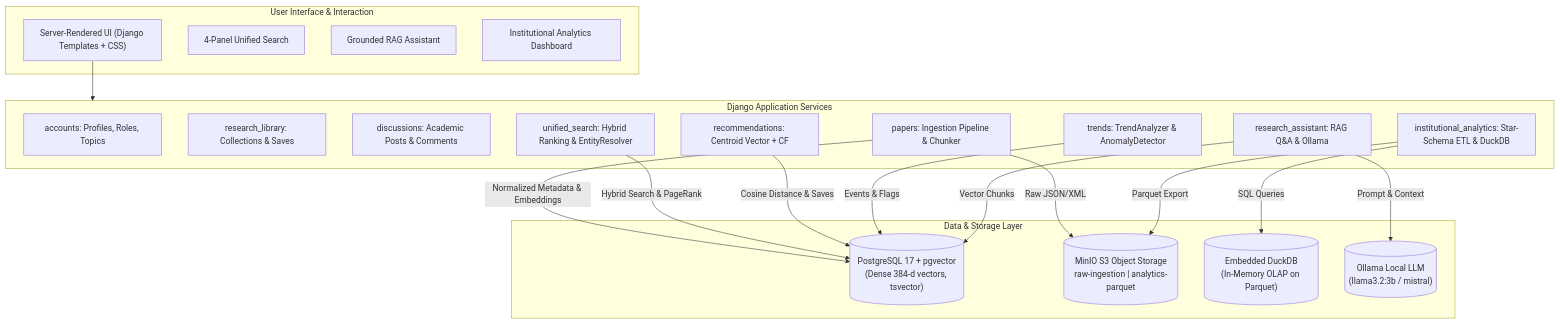
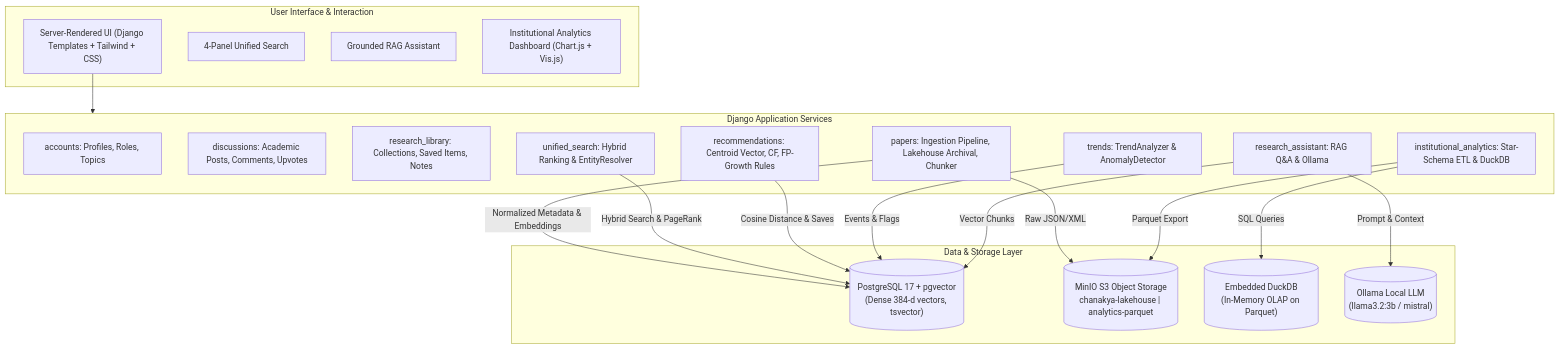
Before and after one commit to indian-command/Data-Mining-and-warehouse-project-1: the diagram in README.md, drawn with Mermaid. The commit also changed other lines of this file and 20 other files, not shown here.

Commit message:
feat: add Chanakya ingestion, FP-Growth recs, collaboration heatmap, Ollama RAG, and F7 anomaly graphs

````diff
--- a/README.md
+++ b/README.md
@@ -25,39 +26,39 @@
 ```mermaid
 flowchart TD
     subgraph ClientLayer ["User Interface & Interaction"]
-        UI["Server-Rendered UI (Django Templates + CSS)"]
+        UI["Server-Rendered UI (Django Templates + Tailwind + CSS)"]
         SearchUI["4-Panel Unified Search"]
         RAGUI["Grounded RAG Assistant"]
-        AnalyticsUI["Institutional Analytics Dashboard"]
+        AnalyticsUI["Institutional Analytics Dashboard (Chart.js + Vis.js)"]
     end
 
     subgraph AppLayer ["Django Application Services"]
         F1["accounts: Profiles, Roles, Topics"]
-        F2["research_library: Collections & Saves"]
-        F3["discussions: Academic Posts & Comments"]
-        F4["papers: Ingestion Pipeline & Chunker"]
+        F2["discussions: Academic Posts, Comments, Upvotes"]
+        F3["research_library: Collections, Saved Items, Notes"]
+        F4["papers: Ingestion Pipeline, Lakehouse Archival, Chunker"]
         F5["unified_search: Hybrid Ranking & EntityResolver"]
-        F6["recommendations: Centroid Vector + CF"]
+        F6["recommendations: Centroid Vector, CF, FP-Growth Rules"]
         F7["trends: TrendAnalyzer & AnomalyDetector"]
         F8["research_assistant: RAG Q&A & Ollama"]
         F9["institutional_analytics: Star-Schema ETL & DuckDB"]
     end
 
     subgraph DataLayer ["Data & Storage Layer"]
         PG[("PostgreSQL 17 + pgvector\n(Dense 384-d vectors, tsvector)")]
-        MinIO[("MinIO S3 Object Storage\nraw-ingestion | analytics-parquet")]
+        MinIO[("MinIO S3 Object Storage\nchanakya-lakehouse | analytics-parquet")]
         DuckDB[("Embedded DuckDB\n(In-Memory OLAP on Parquet)")]
         Ollama[("Ollama Local LLM\n(llama3.2:3b / mistral)")]
     end
 
     UI --> AppLayer
     F4 -->|Raw JSON/XML| MinIO
     F4 -->|Normalized Metadata & Embeddings| PG
     F5 -->|Hybrid Search & PageRank| PG
     F6 -->|Cosine Distance & Saves| PG
     F7 -->|Events & Flags| PG
     F8 -->|Vector Chunks| PG
     F8 -->|Prompt & Context| Ollama
     F9 -->|Parquet Export| MinIO
     F9 -->|SQL Queries| DuckDB
 ```
````
